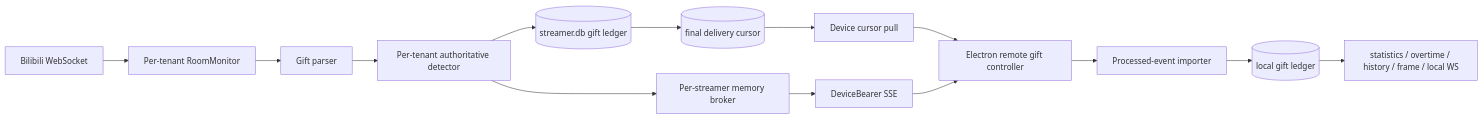
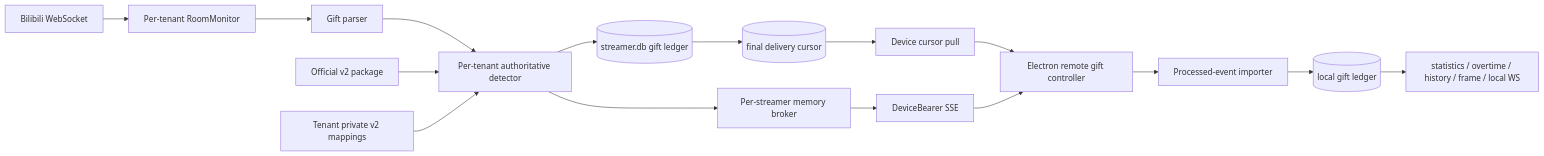
The diagram in specs/server-authoritative-gift-detection_design.md (AuroraWhisperer/LIRA), drawn with Mermaid before and after one commit. The commit also changed other lines of this file and 987 other files, not shown here.

````diff
--- a/specs/server-authoritative-gift-detection_design.md
+++ b/specs/server-authoritative-gift-detection_design.md
@@ -67,16 +79,18 @@
 ```mermaid
 flowchart LR
   Bili[Bilibili WebSocket] --> Room[Per-tenant RoomMonitor]
   Room --> Parser[Gift parser]
   Parser --> Detector[Per-tenant authoritative detector]
+  Catalog[Official v2 package] --> Detector
+  Custom[Tenant private v2 mappings] --> Detector
   Detector --> Ledger[(streamer.db gift ledger)]
   Ledger --> Outbox[(final delivery cursor)]
   Detector --> Broker[Per-streamer memory broker]
   Outbox --> Pull[Device cursor pull]
   Broker --> SSE[DeviceBearer SSE]
   Pull --> Main[Electron remote gift controller]
   SSE --> Main
   Main --> Import[Processed-event importer]
   Import --> Local[(local gift ledger)]
   Local --> Consumers[statistics / overtime / history / frame / local WS]
 ```
````
